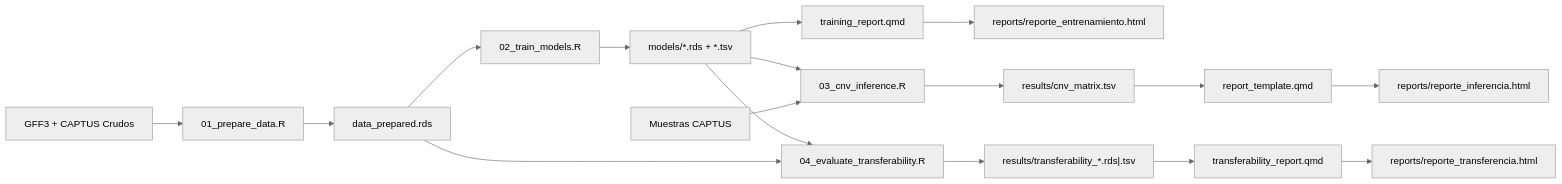
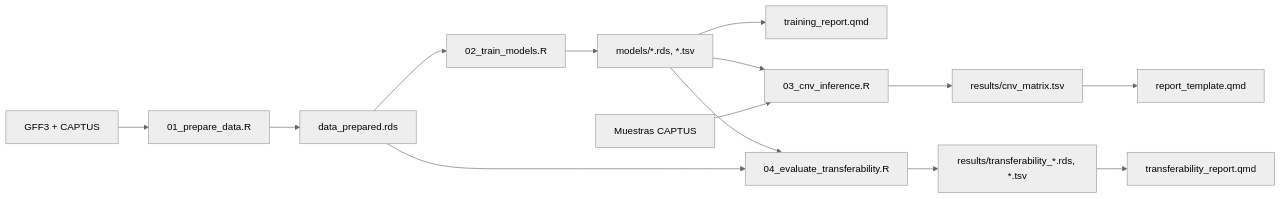
One commit to xyzdiego/TargetCNV-ML changed the diagram in README_ES.md. Above: the diagram before and after it, drawn with Mermaid (neutral theme). The commit also changed other lines of this file and 3 other files, not shown here.

````diff
--- a/README_ES.md
+++ b/README_ES.md
@@ -180,19 +27,16 @@
 ```mermaid
 flowchart LR
-    A["GFF3 + CAPTUS Crudos"] --> B["01_prepare_data.R"]
+    A["GFF3 + CAPTUS"] --> B["01_prepare_data.R"]
     B --> C["data_prepared.rds"]
     C --> D["02_train_models.R"]
-    D --> E["models/*.rds + *.tsv"]
+    D --> E["models/*.rds, *.tsv"]
     E --> I["training_report.qmd"]
-    I --> J["reports/reporte_entrenamiento.html"]
     E --> F["03_cnv_inference.R"]
     G["Muestras CAPTUS"] --> F
     F --> H["results/cnv_matrix.tsv"]
     H --> K["report_template.qmd"]
-    K --> L["reports/reporte_inferencia.html"]
     E --> M["04_evaluate_transferability.R"]
     C --> M
-    M --> N["results/transferability_*.rds|.tsv"]
+    M --> N["results/transferability_*.rds, *.tsv"]
     N --> O["transferability_report.qmd"]
-    O --> P["reports/reporte_transferencia.html"]
 ```
````
